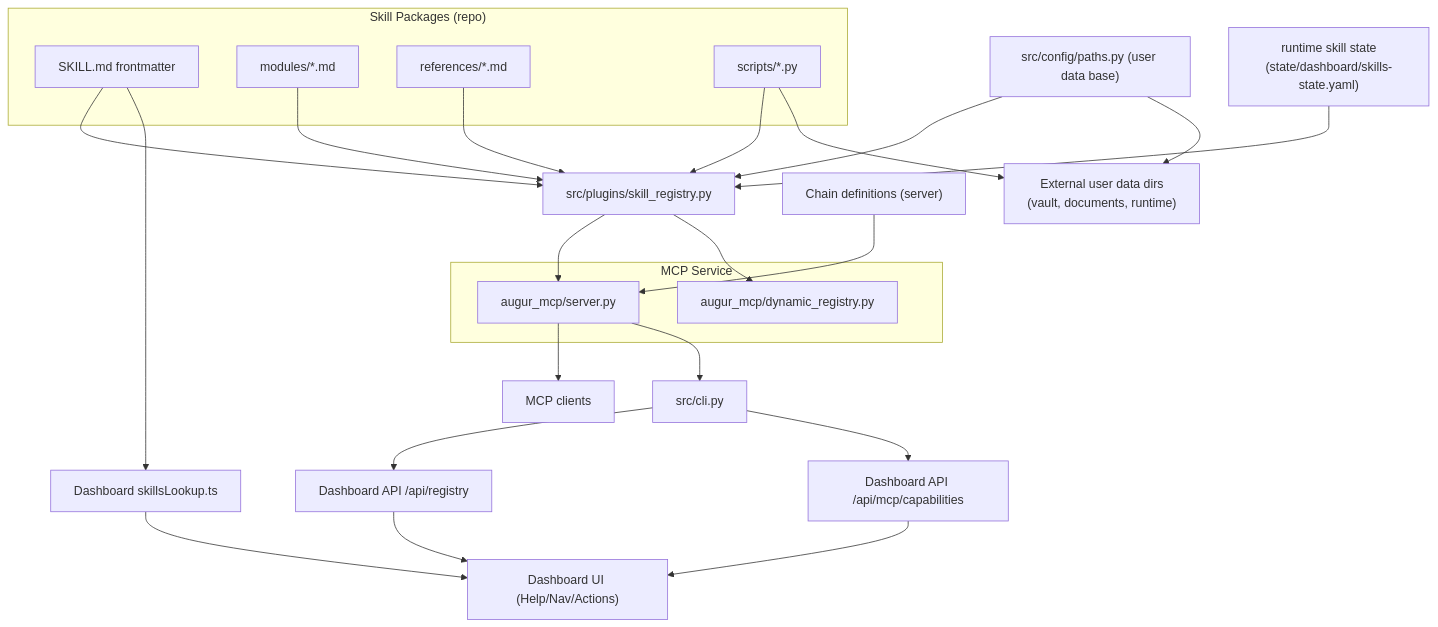
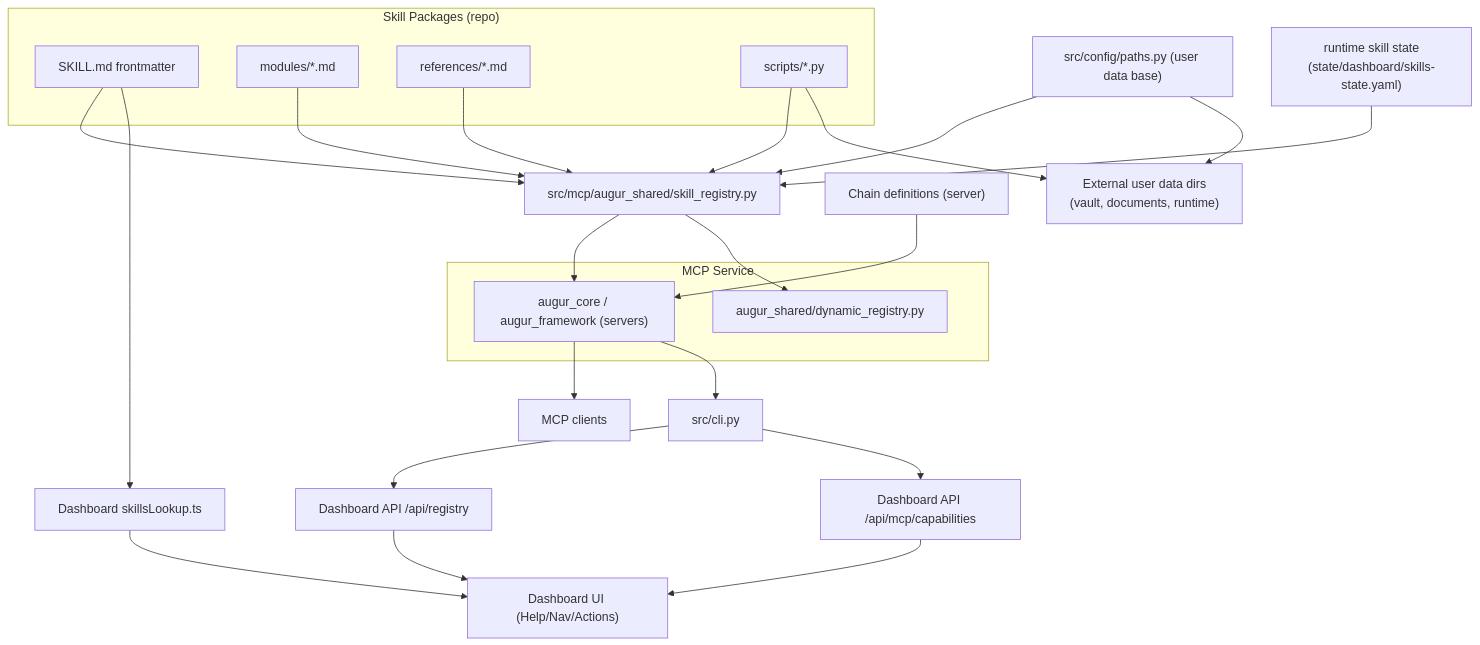
The second of 2 diagrams in docs/architecture-overview.md (augur-os/augur-os), drawn with Mermaid before and after one commit. The commit also changed other lines of this file and 5848 other files, not shown here.

````diff
--- a/docs/architecture-overview.md
+++ b/docs/architecture-overview.md
@@ -292,54 +292,54 @@
 ```mermaid
 flowchart TB
   subgraph Packages["Skill Packages (repo)"]
     SKILL["SKILL.md frontmatter"]
     Modules["modules/*.md"]
     Refs["references/*.md"]
     Scripts["scripts/*.py"]
   end
 
   PathsPy["src/config/paths.py (user data base)"]
   UserConfig["runtime skill state\n(state/dashboard/skills-state.yaml)"]
   SkillData["External user data dirs\n(vault, documents, runtime)"]
 
-  Registry["src/plugins/skill_registry.py"]
+  Registry["src/mcp/augur_shared/skill_registry.py"]
 
   SKILL --> Registry
   Modules --> Registry
   Refs --> Registry
   Scripts --> Registry
   PathsPy --> Registry
   UserConfig --> Registry
 
   Scripts --> SkillData
   PathsPy --> SkillData
 
   subgraph MCP["MCP Service"]
-    Server["augur_mcp/server.py"]
-    Dynamic["augur_mcp/dynamic_registry.py"]
+    Server["augur_core / augur_framework (servers)"]
+    Dynamic["augur_shared/dynamic_registry.py"]
   end
 
   Registry --> Server
   Registry --> Dynamic
 
   Chains["Chain definitions (server)"]
   Chains --> Server
 
   Server --> MCPClients["MCP clients"]
 
   CLI["src/cli.py"]
   Server --> CLI
 
   APIRegistry["Dashboard API /api/registry"]
   APICaps["Dashboard API /api/mcp/capabilities"]
   CLI --> APIRegistry
   CLI --> APICaps
 
   SkillsLookup["Dashboard skillsLookup.ts"]
   SKILL --> SkillsLookup
 
   UI["Dashboard UI (Help/Nav/Actions)"]
   APIRegistry --> UI
   APICaps --> UI
   SkillsLookup --> UI
 ```
````
